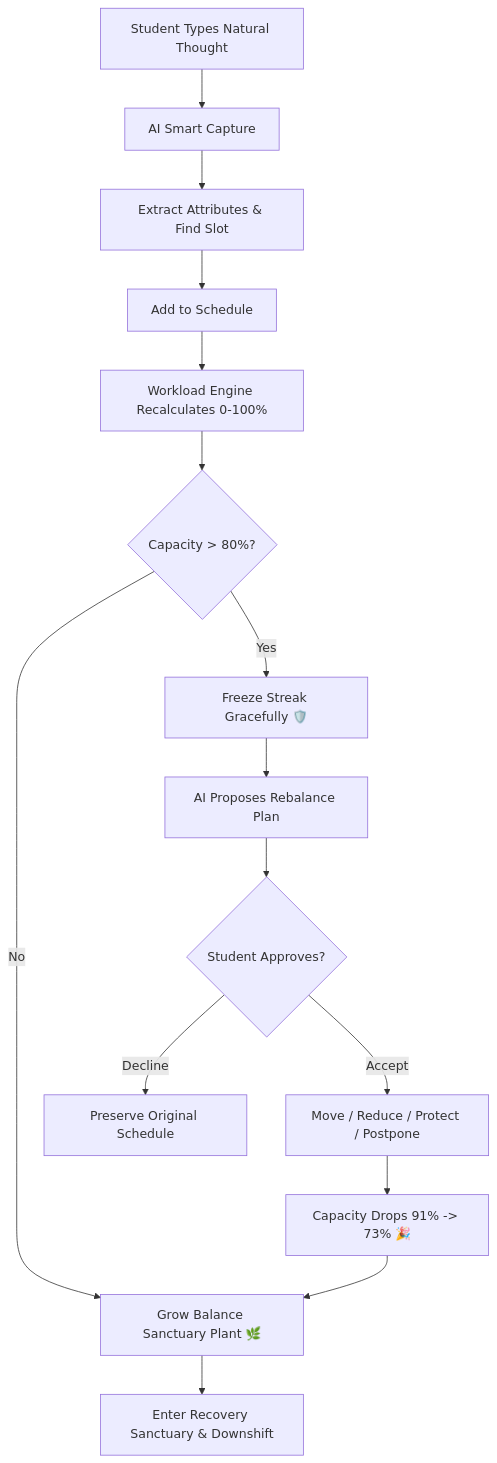
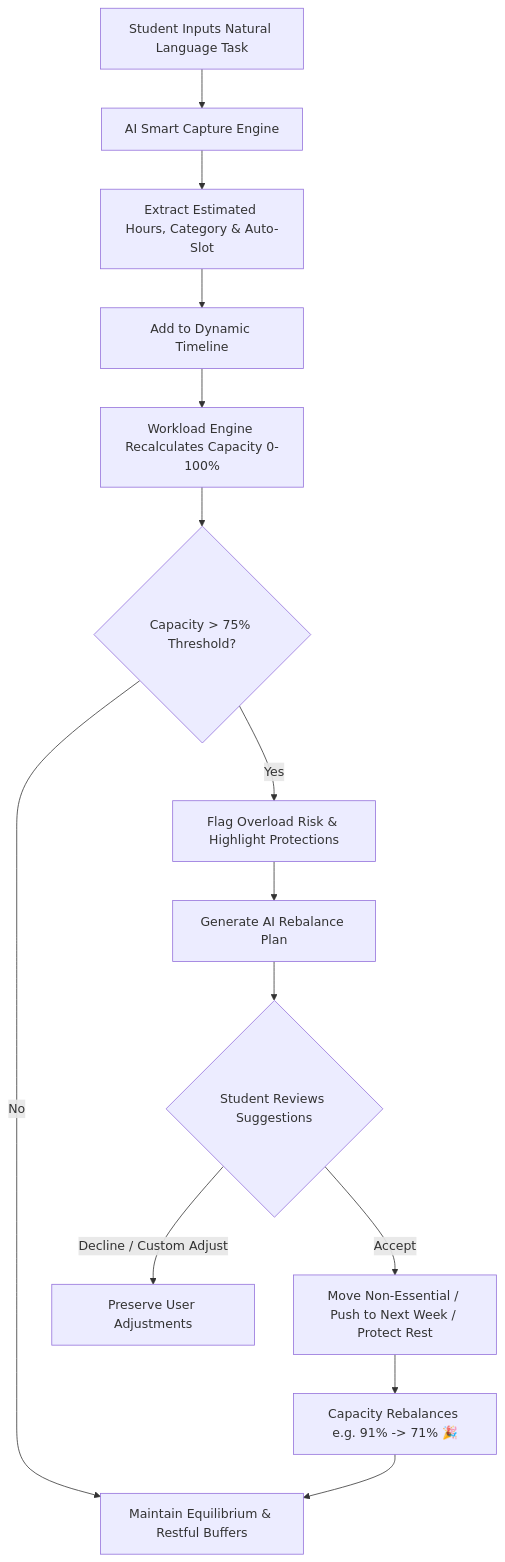
One commit to yuusenbe/Lumora changed the diagram in docs/UI_UX_SPEC.md. Above: the diagram before and after it, drawn with Mermaid. The commit also changed other lines of this file and 30 other files, not shown here.

Commit message:
Complete UI/UX overhaul with edge-to-edge bento layout, multi-view timeline calendar, aurora glow styling, and What-If sidebar chat

````diff
--- a/docs/UI_UX_SPEC.md
+++ b/docs/UI_UX_SPEC.md
@@ -67,17 +138,16 @@
 ```mermaid
 graph TD
-    A[Student Types Natural Thought] --> B[AI Smart Capture]
-    B --> C[Extract Attributes & Find Slot]
-    C --> D[Add to Schedule]
-    D --> E[Workload Engine Recalculates 0-100%]
-    E --> F{Capacity > 80%?}
-    F -->|No| G[Grow Balance Sanctuary Plant 🌿]
-    F -->|Yes| H[Freeze Streak Gracefully 🛡️]
-    H --> I[AI Proposes Rebalance Plan]
-    I --> J{Student Approves?}
-    J -->|Accept| K[Move / Reduce / Protect / Postpone]
-    K --> L[Capacity Drops 91% -> 73% 🎉]
+    A[Student Inputs Natural Language Task] --> B[AI Smart Capture Engine]
+    B --> C[Extract Estimated Hours, Category & Auto-Slot]
+    C --> D[Add to Dynamic Timeline]
+    D --> E[Workload Engine Recalculates Capacity 0-100%]
+    E --> F{Capacity > 75% Threshold?}
+    F -->|No| G[Maintain Equilibrium & Restful Buffers]
+    F -->|Yes| H[Flag Overload Risk & Highlight Protections]
+    H --> I[Generate AI Rebalance Plan]
+    I --> J{Student Reviews Suggestions}
+    J -->|Accept| K[Move Non-Essential / Push to Next Week / Protect Rest]
+    K --> L[Capacity Rebalances e.g. 91% -> 71% 🎉]
     L --> G
-    J -->|Decline| M[Preserve Original Schedule]
-    G --> N[Enter Recovery Sanctuary & Downshift]
+    J -->|Decline / Custom Adjust| M[Preserve User Adjustments]
 ```
````
